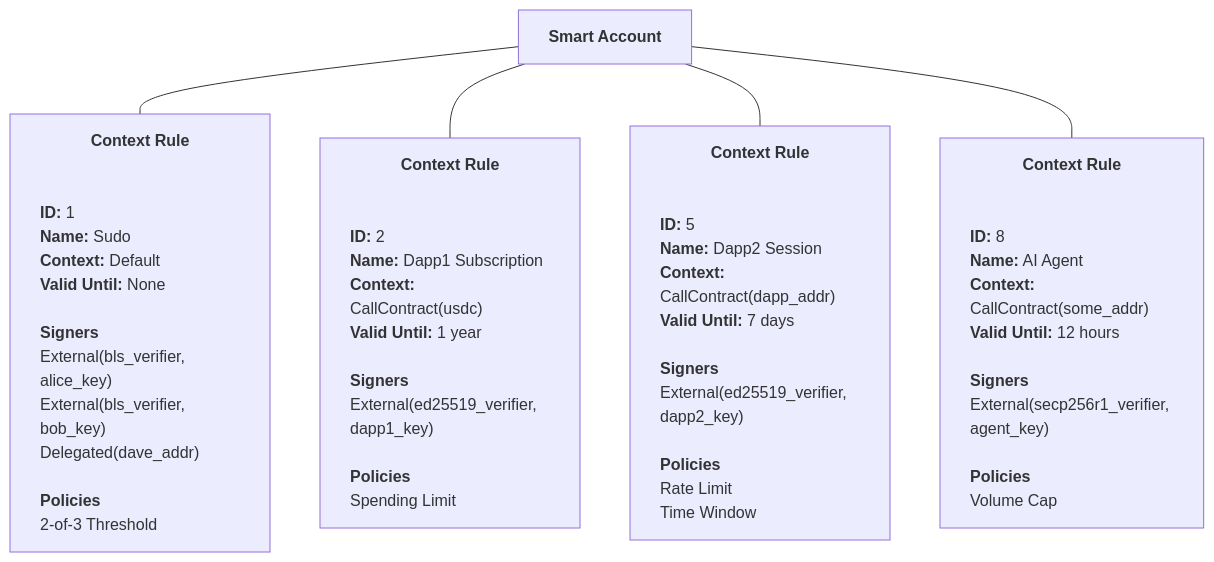
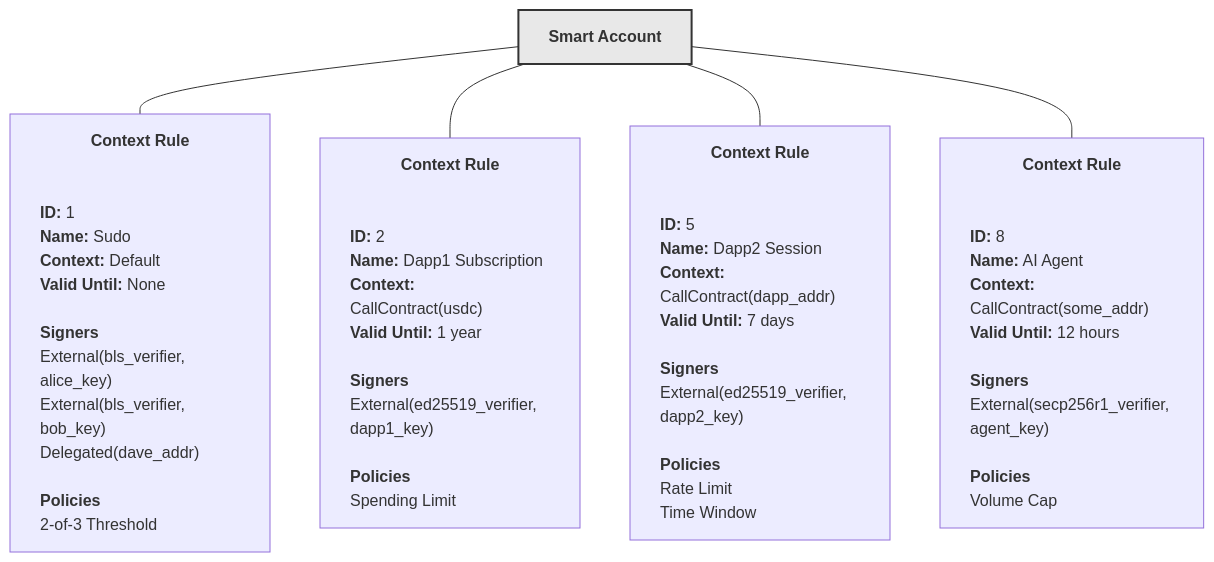
The diagram in content/stellar-contracts/accounts/context-rules.mdx (OpenZeppelin/docs), drawn with Mermaid before and after one commit. The commit also changed 3 other files, not shown here.

Commit message:
add mermaid charts and apply suggestions

````diff
--- a/content/stellar-contracts/accounts/context-rules.mdx
+++ b/content/stellar-contracts/accounts/context-rules.mdx
@@ -74,17 +74,19 @@
 ```mermaid
 graph TD
     SA["<b>Smart Account</b>"]
     
     CR1["<b>Context Rule</b><div style='text-align: left'><br/><br/><b>ID:</b> 1<br/><b>Name:</b> Sudo<br/><b>Context:</b> Default<br/><b>Valid Until:</b> None<br/><br/><b>Signers</b><br/>External(bls_verifier, alice_key)<br/>External(bls_verifier, bob_key)<br/>Delegated(dave_addr)<br/><br/><b>Policies</b><br/>2-of-3 Threshold</div>"]
     
     CR2["<b>Context Rule</b><div style='text-align: left'><br/><br/><b>ID:</b> 2<br/><b>Name:</b> Dapp1 Subscription<br/><b>Context:</b> CallContract(usdc)<br/><b>Valid Until:</b> 1 year<br/><br/><b>Signers</b><br/>External(ed25519_verifier, dapp1_key)<br/><br/><b>Policies</b><br/>Spending Limit</div>"]
     
     CR3["<b>Context Rule</b><div style='text-align: left'><br/><br/><b>ID:</b> 5<br/><b>Name:</b> Dapp2 Session<br/><b>Context:</b> CallContract(dapp_addr)<br/><b>Valid Until:</b> 7 days<br/><br/><b>Signers</b><br/>External(ed25519_verifier, dapp2_key)<br/><br/><b>Policies</b><br/>Rate Limit<br/>Time Window</div>"]
     
     CR4["<b>Context Rule</b><div style='text-align: left'><br/><br/><b>ID:</b> 8<br/><b>Name:</b> AI Agent<br/><b>Context:</b> CallContract(some_addr)<br/><b>Valid Until:</b> 12 hours<br/><br/><b>Signers</b><br/>External(secp256r1_verifier, agent_key)<br/><br/><b>Policies</b><br/>Volume Cap</div>"]
     
     SA --- CR1
     SA --- CR2
     SA --- CR3
     SA --- CR4
+
+    style SA fill:#E8E8E8,stroke:#333,stroke-width:2px
 ```
````
